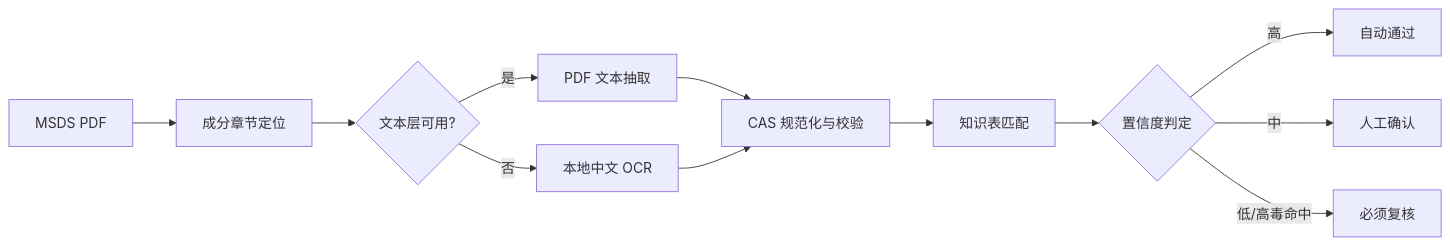
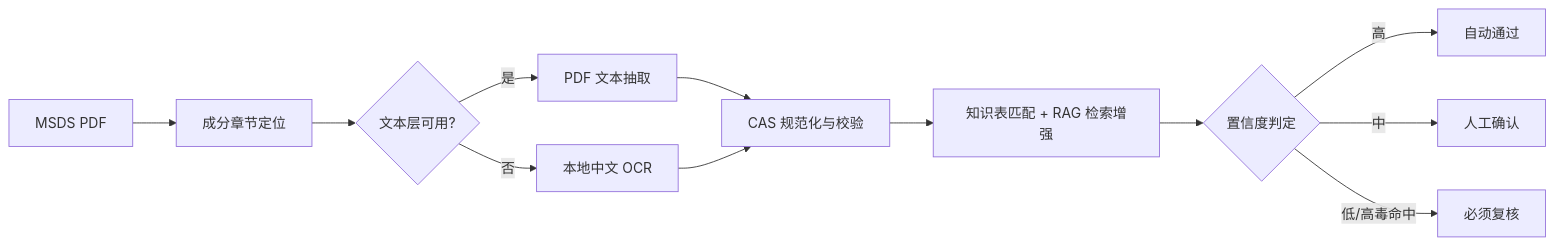
The diagram in README.md (Alaraby527/msds-hazard-agent), drawn with Mermaid before and after one commit. The commit also changed other lines of this file, not shown here.

Commit message:
docs: refine v2 architecture details and evaluation metrics in README

````diff
--- a/README.md
+++ b/README.md
@@ -100,14 +101,14 @@
 ```mermaid
 flowchart LR
     A[MSDS PDF] --> B[成分章节定位]
     B --> C{文本层可用?}
     C -->|是| D[PDF 文本抽取]
     C -->|否| E[本地中文 OCR]
     D --> F[CAS 规范化与校验]
     E --> F
-    F --> G[知识表匹配]
+    F --> G[知识表匹配 + RAG 检索增强]
     G --> H{置信度判定}
     H -->|高| I[自动通过]
     H -->|中| J[人工确认]
     H -->|低/高毒命中| K[必须复核]
 ```
````
